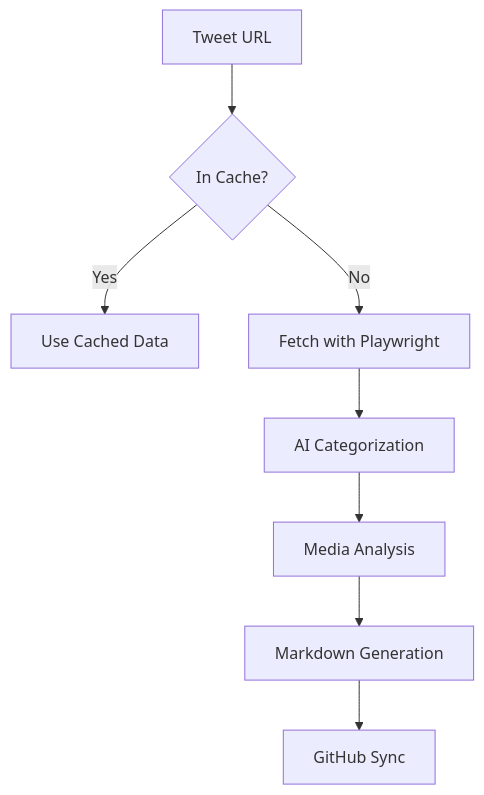
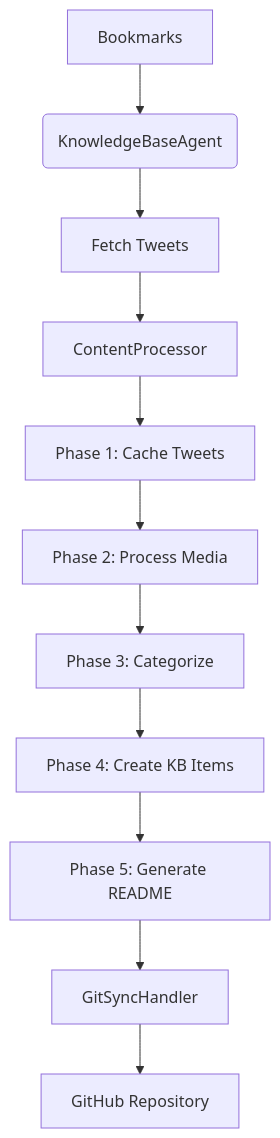
The diagram in knowledge-base/README.md (nepenth/AI-Agents), drawn with Mermaid before and after one commit. The commit also changed other lines of this file and 5 other files, not shown here.

````diff
--- a/knowledge-base/README.md
+++ b/knowledge-base/README.md
@@ -188,10 +251,13 @@
-   ```mermaid
-   graph TD
-     A[Tweet URL] --> B{In Cache?}
-     B -->|Yes| C[Use Cached Data]
-     B -->|No| D[Fetch with Playwright]
-     D --> E[AI Categorization]
-     E --> F[Media Analysis]
-     F --> G[Markdown Generation]
-     G --> H[GitHub Sync]
-   ```
+``` mermaid
+graph TD
+    A[Bookmarks] --> B(KnowledgeBaseAgent)
+    B --> C[Fetch Tweets]
+    C --> D[ContentProcessor]
+    D --> E[Phase 1: Cache Tweets]
+    E --> F[Phase 2: Process Media]
+    F --> G[Phase 3: Categorize]
+    G --> H[Phase 4: Create KB Items]
+    H --> I[Phase 5: Generate README]
+    I --> J[GitSyncHandler]
+    J --> K[GitHub Repository]
+```
````
